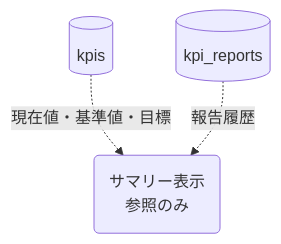
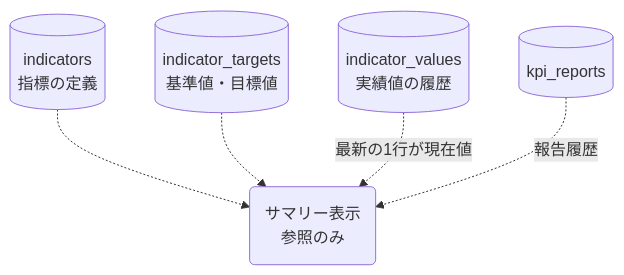
One commit to halcyon19451225/govlink-ai changed the second of 2 diagrams in app/src/content/manual/kpi-summary.md. Above: the diagram before and after it, drawn with Mermaid. The commit also changed other lines of this file and 28 other files, not shown here.

````diff
--- a/app/src/content/manual/kpi-summary.md
+++ b/app/src/content/manual/kpi-summary.md
@@ -32,5 +32,7 @@
 ```mermaid
 flowchart TD
-  K[(kpis)] -.現在値・基準値・目標.-> S(サマリー表示<br/>参照のみ)
+  K[(indicators<br/>指標の定義)] -.-> S(サマリー表示<br/>参照のみ)
+  T[(indicator_targets<br/>基準値・目標値)] -.-> S
+  V[(indicator_values<br/>実績値の履歴)] -.最新の1行が現在値.-> S
   R[(kpi_reports)] -.報告履歴.-> S
 ```
````
